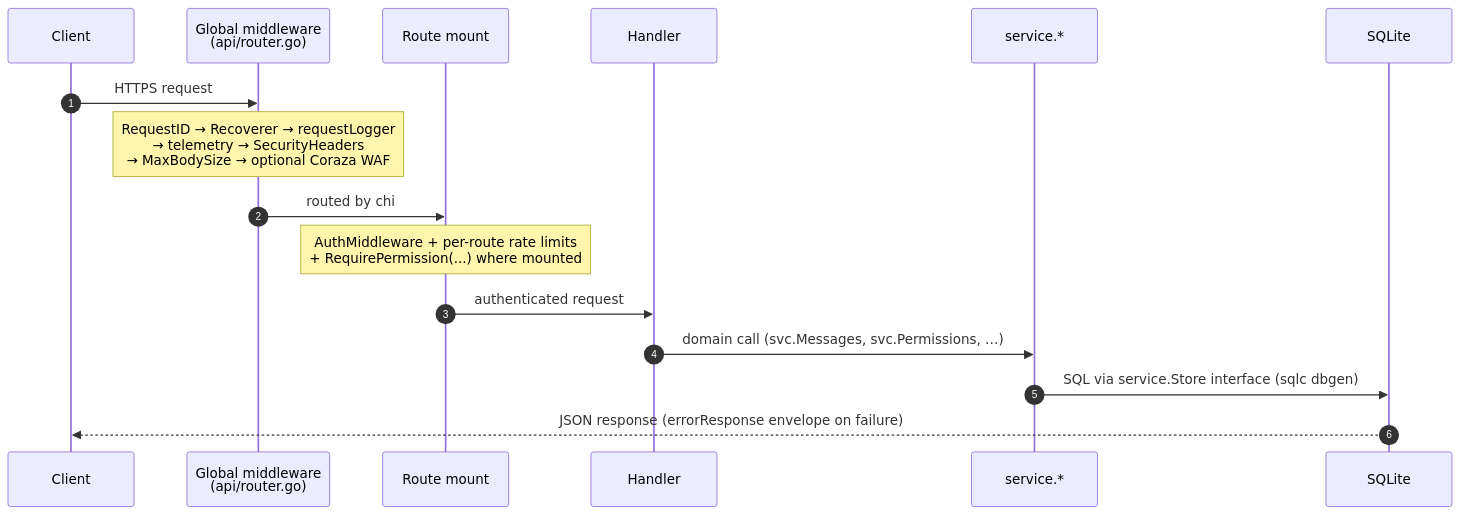
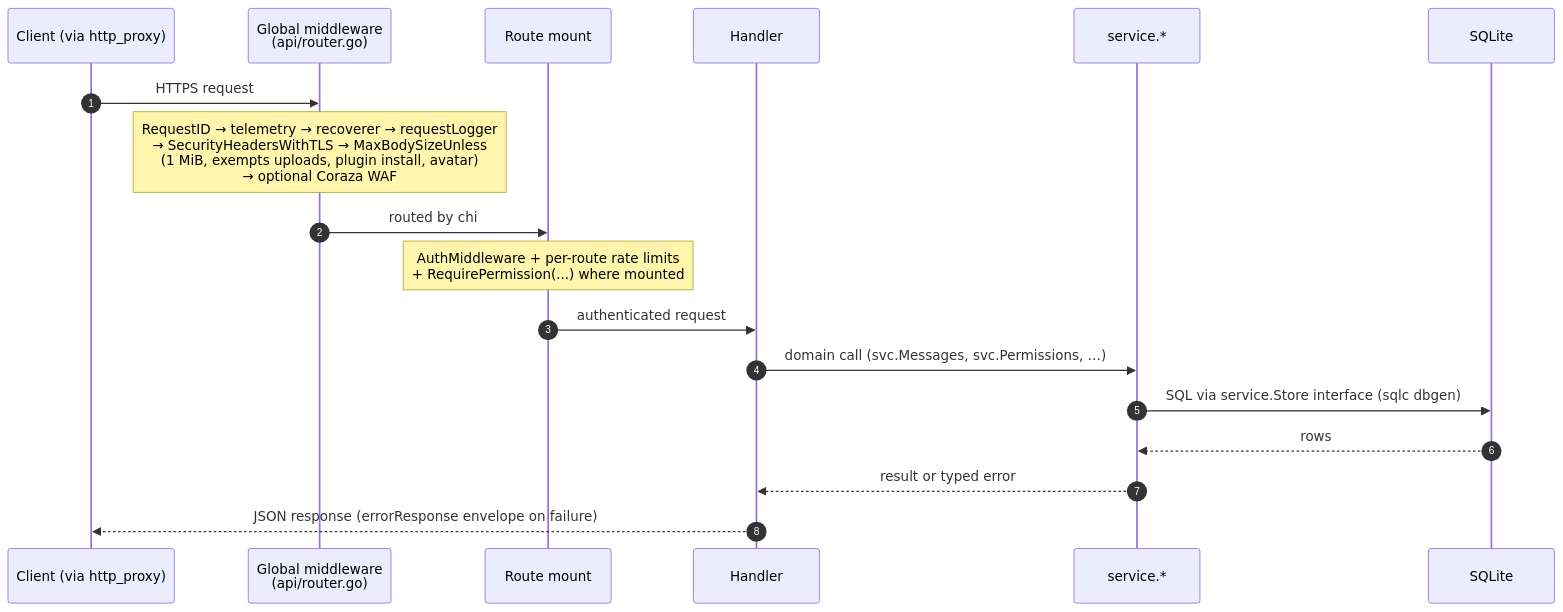
One commit to J3vb/OwnCord changed the second of 4 diagrams in ARCHITECTURE.md. Above: the diagram before and after it, drawn with Mermaid. The commit also changed other lines of this file and 9 other files, not shown here.

````diff
--- a/ARCHITECTURE.md
+++ b/ARCHITECTURE.md
@@ -130,19 +147,21 @@
 ```mermaid
 sequenceDiagram
     autonumber
-    participant C as Client
+    participant C as Client (via http_proxy)
     participant MW as Global middleware<br/>(api/router.go)
     participant RT as Route mount
     participant H as Handler
     participant S as service.*
     participant DB as SQLite
 
     C->>MW: HTTPS request
-    Note over MW: RequestID → Recoverer → requestLogger<br/>→ telemetry → SecurityHeaders<br/>→ MaxBodySize → optional Coraza WAF
+    Note over MW: RequestID → telemetry → recoverer → requestLogger<br/>→ SecurityHeadersWithTLS → MaxBodySizeUnless<br/>(1 MiB, exempts uploads, plugin install, avatar)<br/>→ optional Coraza WAF
     MW->>RT: routed by chi
     Note over RT: AuthMiddleware + per-route rate limits<br/>+ RequirePermission(...) where mounted
     RT->>H: authenticated request
     H->>S: domain call (svc.Messages, svc.Permissions, …)
     S->>DB: SQL via service.Store interface (sqlc dbgen)
-    DB-->>C: JSON response (errorResponse envelope on failure)
+    DB-->>S: rows
+    S-->>H: result or typed error
+    H-->>C: JSON response (errorResponse envelope on failure)
 ```
````
